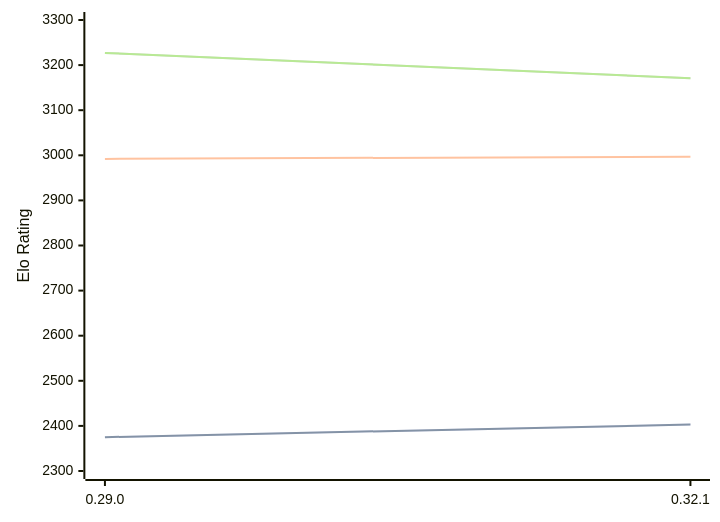
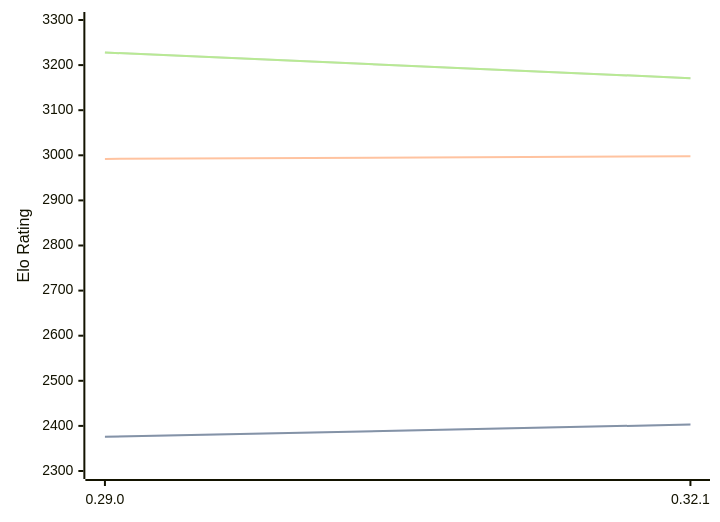
Before and after one commit to computer-chess-index/cci: the diagram in engines/Lc0.md, drawn with Mermaid. The commit also changed other lines of this file, not shown here.

Commit message:
Update CCI Ratings (ELO VLTC) - 2026-08-25

````diff
--- a/engines/Lc0.md
+++ b/engines/Lc0.md
@@ -32,11 +32,11 @@
 ```mermaid
 %%{init: {"theme":"base","themeVariables":{"seriesColors:['#a3a3a3','#222221','#faa371']}}}%%
 xychart-beta
   x-axis ["0.29.0", "0.32.1"]
   y-axis "Elo Rating" 2300 --> 3300
-  line "STC (8.0+0.08s)" [2375, 2403]
-  line "STC (8.0+0.08s)" [2375, 2403]
-  line "LTC (60.0+0.60s)" [2992, 2997]
-  line "VLTC (2m24s+1.12s)" [3227, 3171]
-  line "VLTC (2m24s+1.12s)" [3227, 3171]
+  line "STC (8.0+0.08s)" [2376, 2403]
+  line "STC (8.0+0.08s)" [2376, 2403]
+  line "LTC (60.0+0.60s)" [2992, 2998]
+  line "VLTC (2m24s+1.12s)" [3228, 3171]
+  line "VLTC (2m24s+1.12s)" [3228, 3171]
 ```
````
